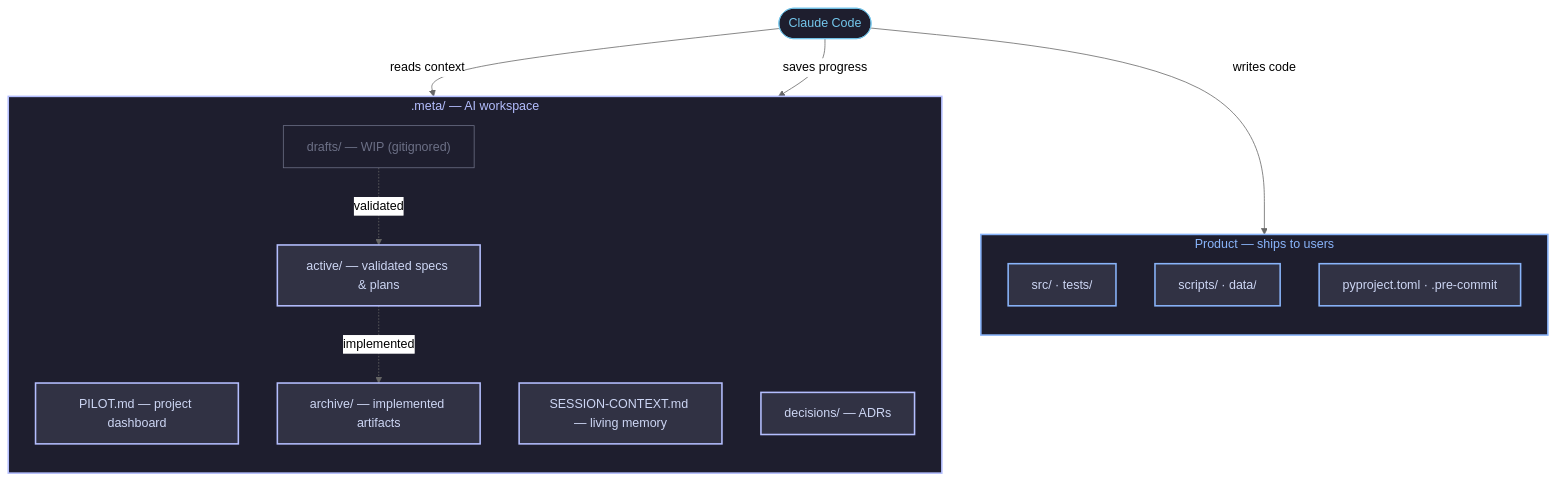
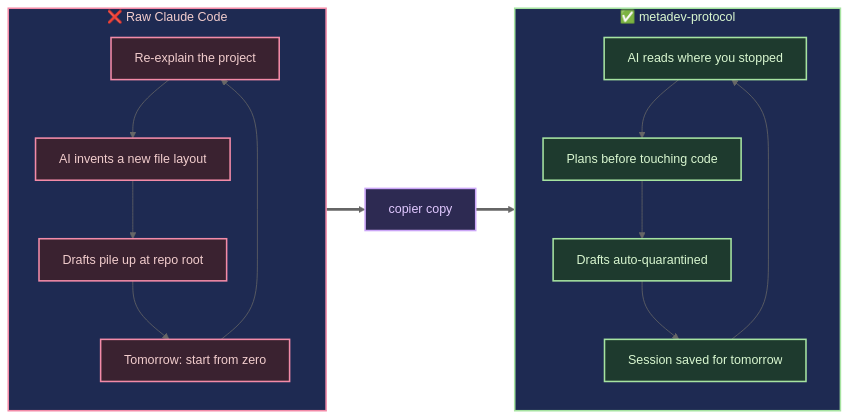
The first of 2 diagrams in README.md (Vincent-20-100/metadev-protocol), drawn with Mermaid (neutral theme) before and after one commit. The commit also changed other lines of this file and 14 other files, not shown here.

````diff
--- a/README.md
+++ b/README.md
@@ -42,35 +45,30 @@
 ```mermaid
-flowchart TB
-    classDef product fill:#313244,stroke:#89b4fa,stroke-width:2px,color:#cdd6f4
-    classDef process fill:#313244,stroke:#b4befe,stroke-width:2px,color:#cdd6f4
-    classDef ai      fill:#1e1e2e,stroke:#74c7ec,stroke-width:1px,color:#74c7ec
-    classDef rule    fill:#1e1e2e,stroke:#6c7086,stroke-width:1px,color:#6c7086
+flowchart LR
+    classDef pain  fill:#3a2230,stroke:#f38ba8,stroke-width:2px,color:#f2cdcd
+    classDef cure  fill:#1e3a2e,stroke:#a6e3a1,stroke-width:2px,color:#d9f7d0
+    classDef jump  fill:#2d2a52,stroke:#cba6f7,stroke-width:2px,color:#e0c8ff
 
-    subgraph PRODUCT["Product — ships to users"]
+    subgraph BEFORE["❌ Raw Claude Code"]
         direction TB
-        SRC["src/ · tests/"]:::product
-        SCRIPTS["scripts/ · data/"]:::product
-        CFG["pyproject.toml · .pre-commit"]:::product
+        B1["Re-explain the project"]:::pain
+        B2["AI invents a new file layout"]:::pain
+        B3["Drafts pile up at repo root"]:::pain
+        B4["Tomorrow: start from zero"]:::pain
+        B1 --> B2 --> B3 --> B4 --> B1
     end
 
-    subgraph PROCESS[".meta/ — AI workspace"]
+    subgraph AFTER["✅ metadev-protocol"]
         direction TB
-        PILOT["PILOT.md — project dashboard"]:::process
-        SESSION["SESSION-CONTEXT.md — living memory"]:::process
-        ACTIVE["active/ — validated specs & plans"]:::process
-        ARCHIVE["archive/ — implemented artifacts"]:::process
-        DRAFTS["drafts/ — WIP (gitignored)"]:::rule
-        DECISIONS["decisions/ — ADRs"]:::process
+        A1["AI reads where you stopped"]:::cure
+        A2["Plans before touching code"]:::cure
+        A3["Drafts auto-quarantined"]:::cure
+        A4["Session saved for tomorrow"]:::cure
+        A1 --> A2 --> A3 --> A4 --> A1
     end
 
-    AI(["Claude Code"]):::ai
+    JUMP["copier copy"]:::jump
+    BEFORE ==> JUMP ==> AFTER
 
-    AI -->|"reads context"| PILOT
-    AI -->|"writes code"| SRC
-    AI -->|"saves progress"| SESSION
-    DRAFTS -.->|"validated"| ACTIVE
-    ACTIVE -.->|"implemented"| ARCHIVE
-
-    style PRODUCT fill:#1e1e2e,stroke:#89b4fa,stroke-width:2px,color:#89b4fa
-    style PROCESS fill:#1e1e2e,stroke:#b4befe,stroke-width:2px,color:#b4befe
+    style BEFORE fill:#1e2a52,stroke:#f38ba8,stroke-width:2px,color:#f2cdcd
+    style AFTER  fill:#1e2a52,stroke:#a6e3a1,stroke-width:2px,color:#d9f7d0
 ```
````
